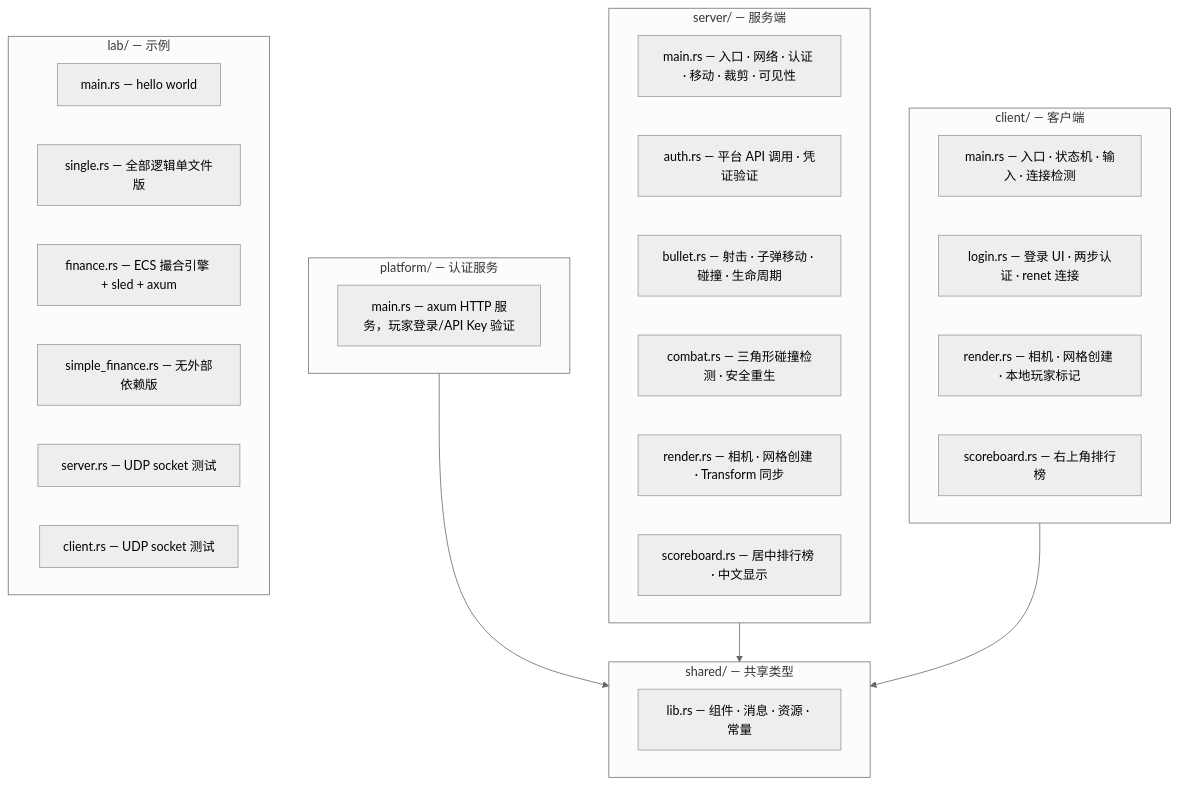
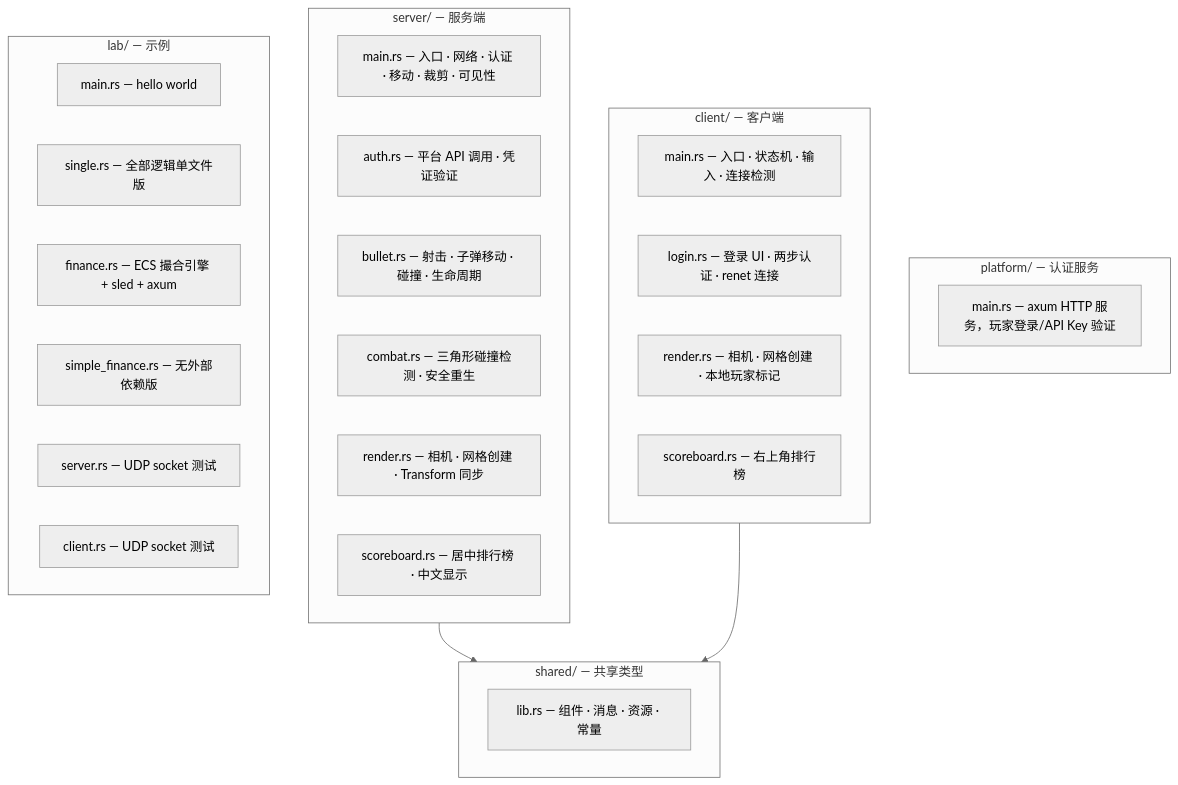
The first of 4 diagrams in LEARN.md (kindywu/simple_bevy), drawn with Mermaid (neutral theme) before and after one commit.

````diff
--- a/LEARN.md
+++ b/LEARN.md
@@ -7,39 +7,38 @@
 ```mermaid
 graph TB
     subgraph Platform["platform/ — 认证服务"]
         P_MAIN["main.rs — axum HTTP 服务，玩家登录/API Key 验证"]
     end
 
     subgraph Shared["shared/ — 共享类型"]
         SHARED["lib.rs — 组件 · 消息 · 资源 · 常量"]
     end
 
     subgraph Server["server/ — 服务端"]
         S_MAIN["main.rs — 入口 · 网络 · 认证 · 移动 · 裁剪 · 可见性"]
         S_AUTH["auth.rs — 平台 API 调用 · 凭证验证"]
         S_BULLET["bullet.rs — 射击 · 子弹移动 · 碰撞 · 生命周期"]
         S_COMBAT["combat.rs — 三角形碰撞检测 · 安全重生"]
         S_RENDER["render.rs — 相机 · 网格创建 · Transform 同步"]
         S_SCORE["scoreboard.rs — 居中排行榜 · 中文显示"]
     end
 
     subgraph Client["client/ — 客户端"]
         C_MAIN["main.rs — 入口 · 状态机 · 输入 · 连接检测"]
         C_LOGIN["login.rs — 登录 UI · 两步认证 · renet 连接"]
         C_RENDER["render.rs — 相机 · 网格创建 · 本地玩家标记"]
         C_SCORE["scoreboard.rs — 右上角排行榜"]
     end
 
     subgraph Lab["lab/ — 示例"]
         LAB_MAIN["main.rs — hello world"]
         LAB_SINGLE["single.rs — 全部逻辑单文件版"]
         LAB_FINANCE["finance.rs — ECS 撮合引擎 + sled + axum"]
         LAB_SIMPLE_FINANCE["simple_finance.rs — 无外部依赖版"]
         LAB_SERVER["server.rs — UDP socket 测试"]
         LAB_CLIENT["client.rs — UDP socket 测试"]
     end
 
-    Platform --> Shared
     Server --> Shared
     Client --> Shared
 ```
````
